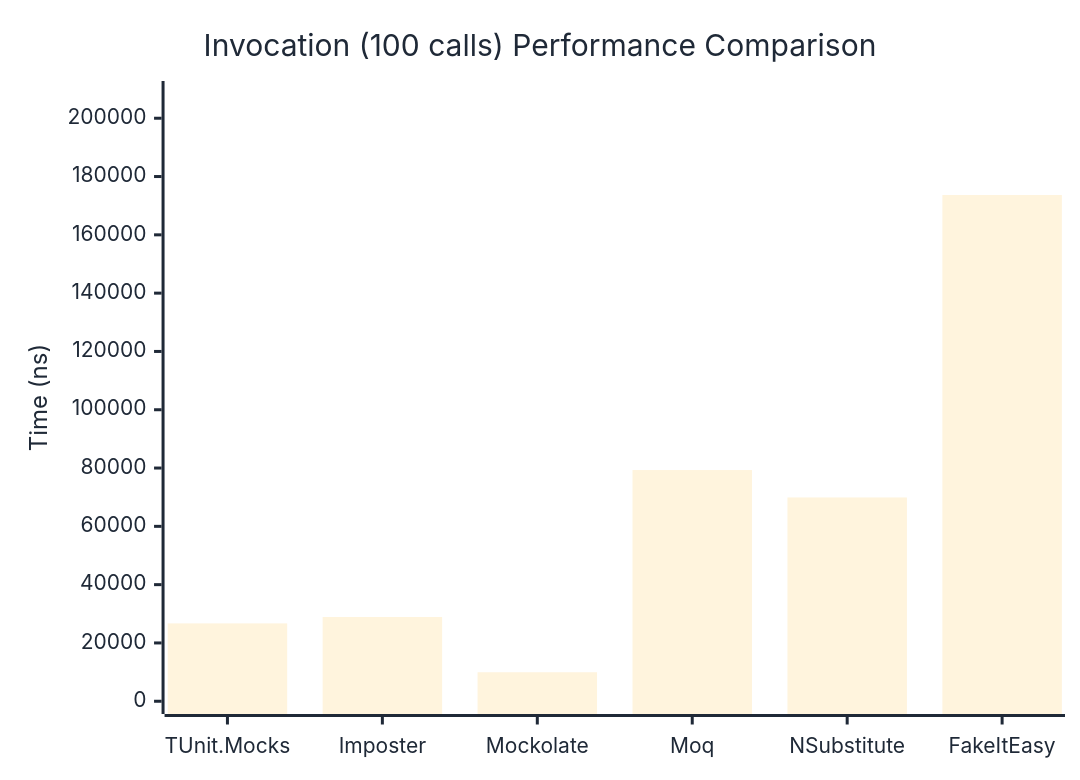
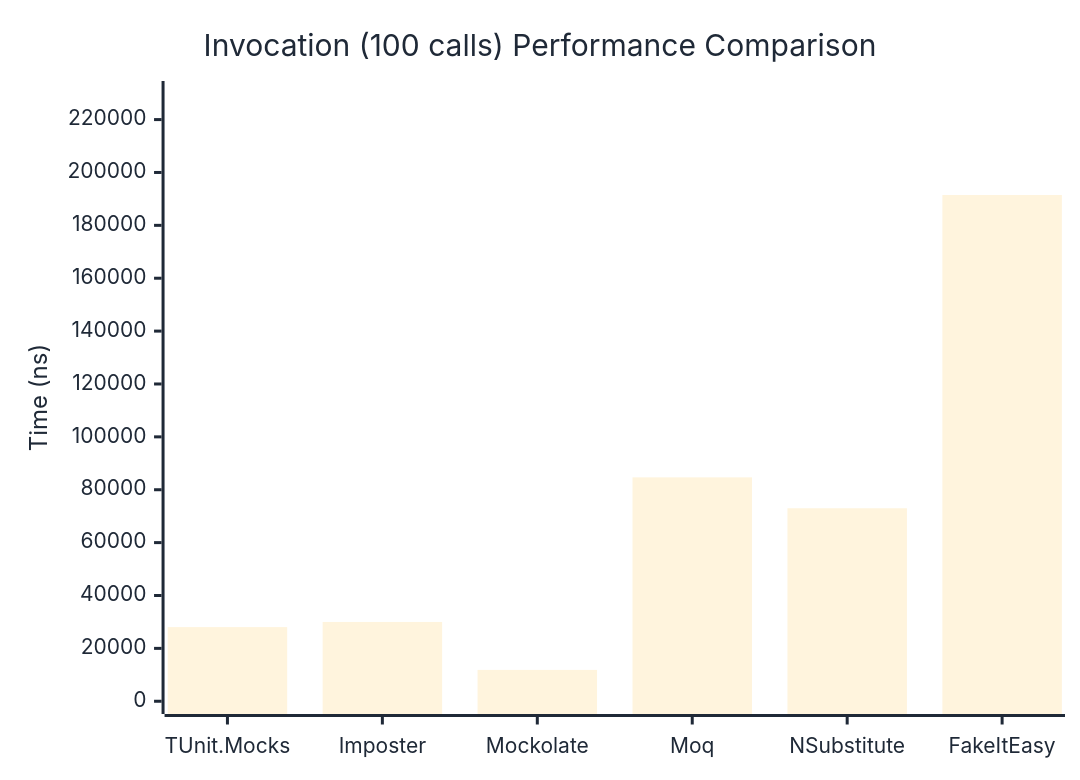
One commit to thomhurst/TUnit changed the third of 3 diagrams in docs/docs/benchmarks/mocks/Invocation.md. Above: the diagram before and after it, drawn with Mermaid. The commit also changed other lines of this file and 14 other files, not shown here.

````diff
--- a/docs/docs/benchmarks/mocks/Invocation.md
+++ b/docs/docs/benchmarks/mocks/Invocation.md
@@ -112,27 +112,27 @@
 ```mermaid
 %%{init: {
   'theme':'base',
   'themeVariables': {
     'primaryColor': '#2563eb',
     'primaryTextColor': '#1f2937',
     'primaryBorderColor': '#1e40af',
     'lineColor': '#6b7280',
     'secondaryColor': '#7c3aed',
     'tertiaryColor': '#dc2626',
     'background': '#ffffff',
     'pie1': '#2563eb',
     'pie2': '#7c3aed',
     'pie3': '#dc2626',
     'pie4': '#f59e0b',
     'pie5': '#10b981',
     'pie6': '#06b6d4',
     'pie7': '#ec4899',
     'pie8': '#6366f1'
   }
 }}%%
 xychart-beta
   title "Invocation (100 calls) Performance Comparison"
   x-axis ["TUnit.Mocks", "Imposter", "Mockolate", "Moq", "NSubstitute", "FakeItEasy"]
-  y-axis "Time (ns)" 0 --> 208400
-  bar [26706.83, 28896.4, 9949.26, 79311.23, 69908.29, 173665.99]
+  y-axis "Time (ns)" 0 --> 229773
+  bar [28039.8, 29993.1, 11850.9, 84686, 72994.7, 191477.4]
 ```
````
